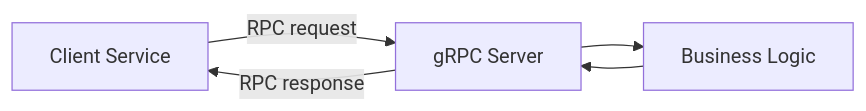
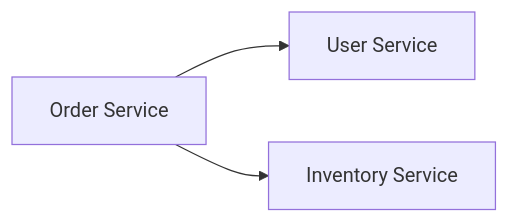
Before and after one commit to thanhmati/einvoice-backend: the first of 4 diagrams in lessons/18 gRPC.md, drawn with Mermaid. The commit also changed other lines of this file, not shown here.

Commit message:
Update 18 gRPC.md

````diff
--- a/lessons/18 gRPC.md
+++ b/lessons/18 gRPC.md
@@ -21,7 +27,5 @@
 ```mermaid
 flowchart LR
-    A[Client Service] --RPC request--> B[gRPC Server]
-    B --> C[Business Logic]
-    C --> B
-    B --RPC response--> A
+  A[Order Service] --> B[User Service]
+  A --> C[Inventory Service]
 ```
````
